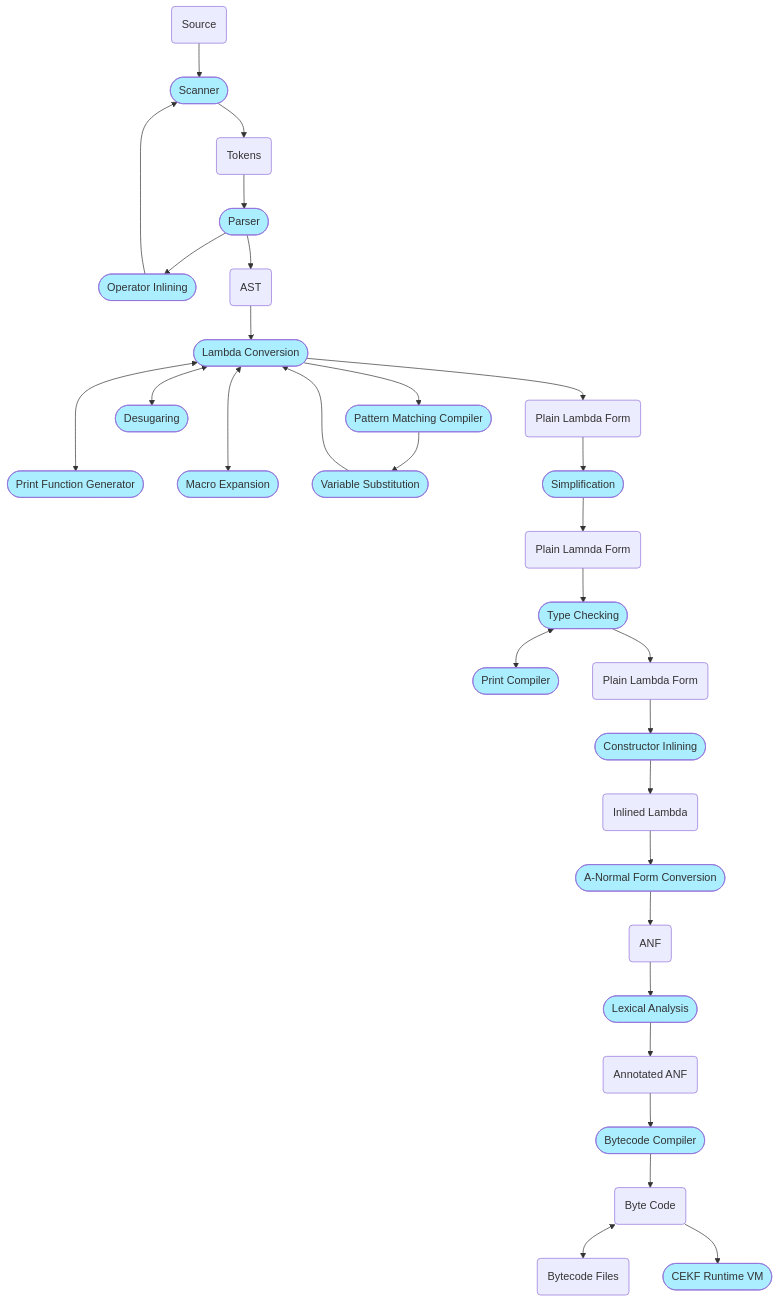
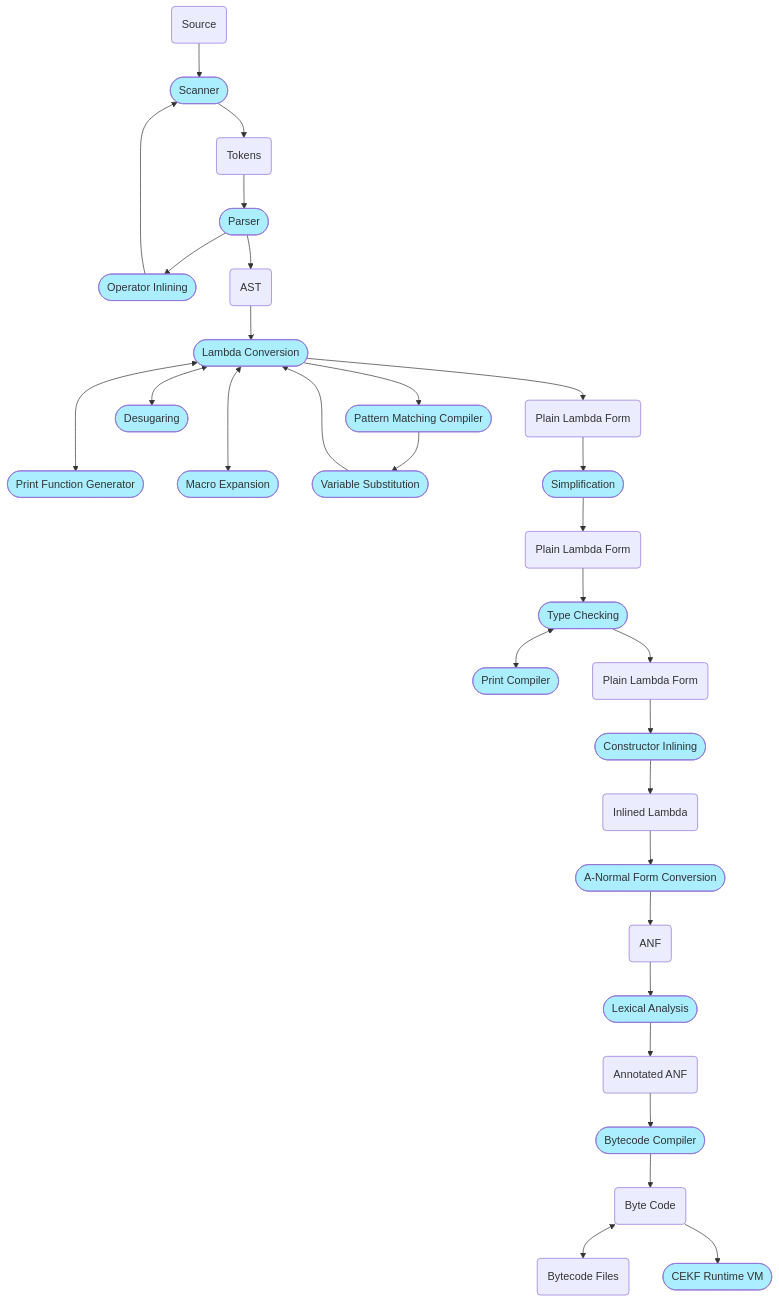
The diagram in README.md (billhails/CEKF), drawn with Mermaid before and after one commit.

Commit message:
Fix typo in README.md for 'Lambda'

````diff
--- a/README.md
+++ b/README.md
@@ -75,33 +75,33 @@
 ```mermaid
 flowchart TD
 classDef process fill:#aef;
 source(Source) -->
 scanner([Scanner]):::process -->
 tokens(Tokens) -->
 parser([Parser]):::process
 parser --> oi([Operator Inlining]):::process
 oi --> scanner
 parser --> ast(AST) -->
 lc([Lambda Conversion]):::process --> tpmc([Pattern Matching Compiler]):::process
 lc <---> pg([Print Function Generator]):::process
 lc <---> me([Macro Expansion]):::process
 tpmc --> vs([Variable Substitution]):::process
 vs --> lc
 lc <--> des([Desugaring]):::process
 lc --> lambda0(Plain Lambda Form)
 lambda0 --> sim([Simplification]):::process
-sim --> lambda1(Plain Lamnda Form)
+sim --> lambda1(Plain Lambda Form)
 lambda1 --> tc([Type Checking]):::process
 tc <--> pc([Print Compiler]):::process
 tc --> lambda2(Plain Lambda Form)
 lambda2 --> ci([Constructor Inlining]):::process
 ci --> lambda3(Inlined Lambda)
 lambda3 --> anfc([A-Normal Form Conversion]):::process
 anfc --> anf(ANF)
 anf --> lexa([Lexical Analysis]):::process
 lexa --> ann(Annotated ANF)
 ann --> bcc([Bytecode Compiler]):::process
 bcc --> bc(Byte Code)
 bc <--> bcf(Bytecode Files)
 bc --> cekf([CEKF Runtime VM]):::process
 ```
````
